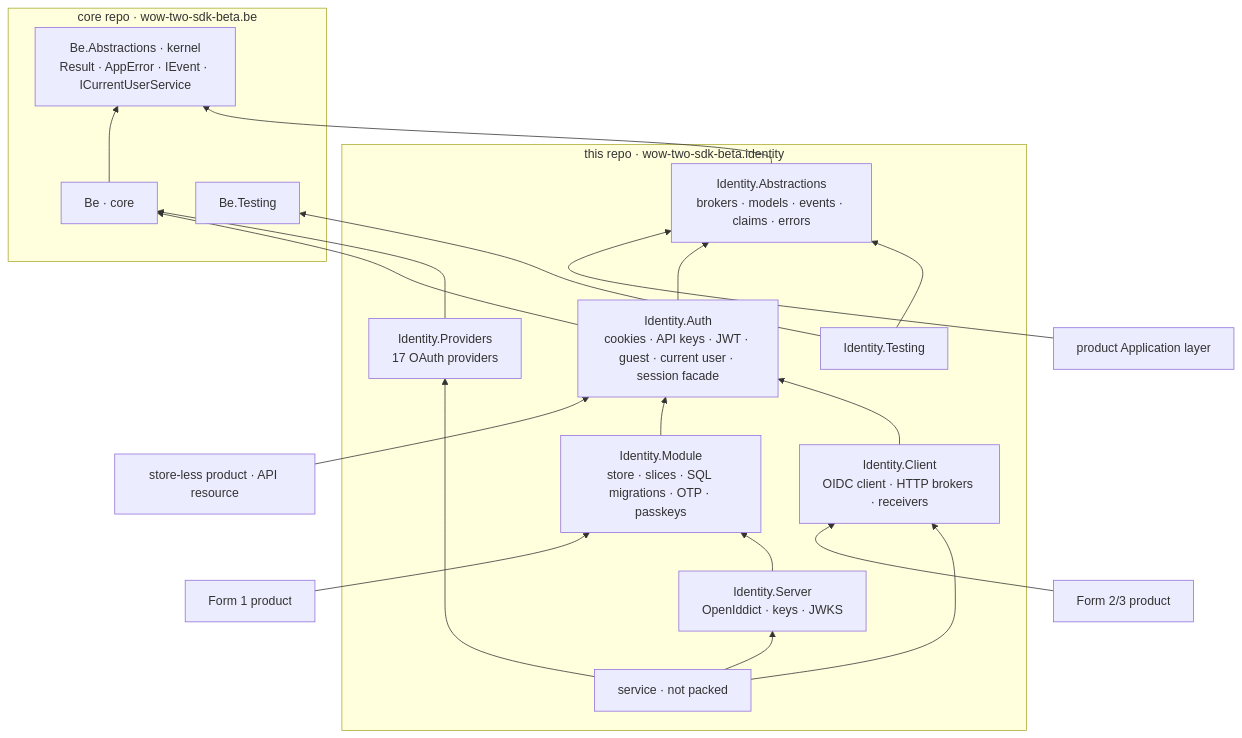
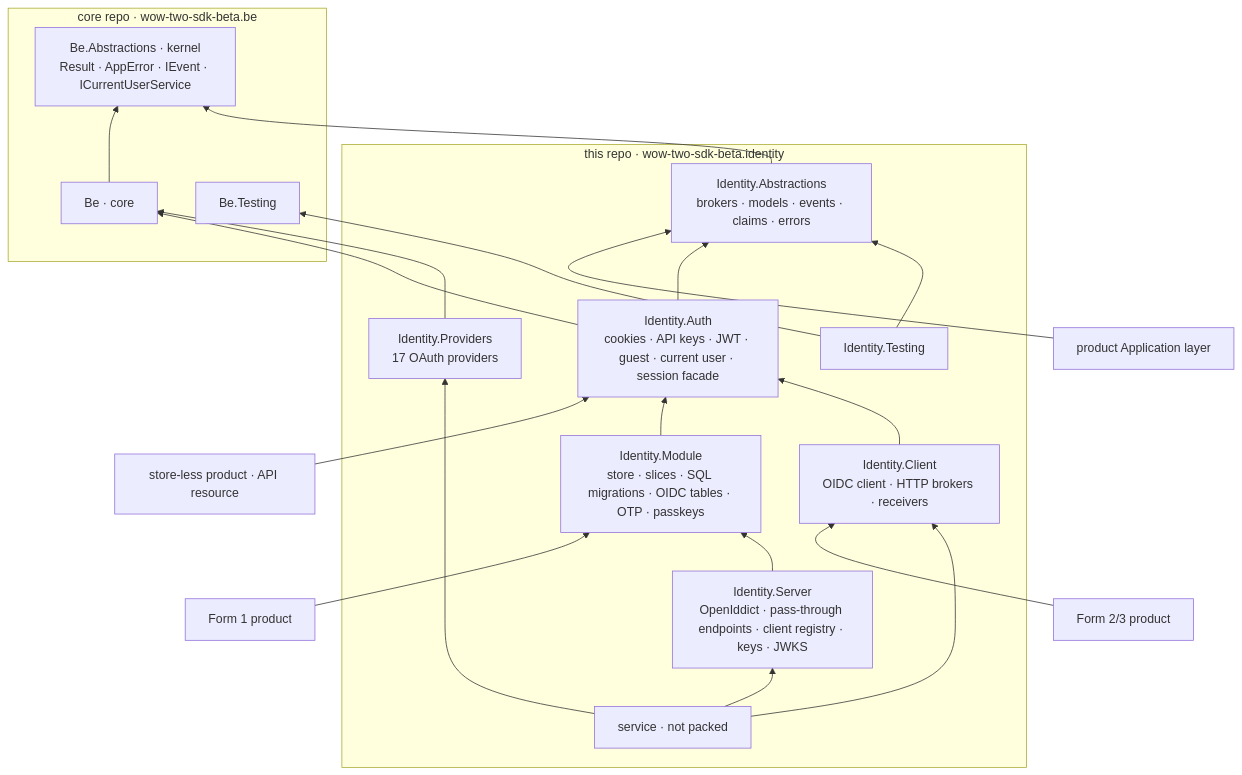
The diagram in engineering/architecture/architecture.md (wow-two-sdk-beta/wow-two-sdk-beta.identity), drawn with Mermaid before and after one commit. The commit also changed other lines of this file and 75 other files, not shown here.

Commit message:
feat: added the OIDC server with host-file signing keys

````diff
--- a/engineering/architecture/architecture.md
+++ b/engineering/architecture/architecture.md
@@ -37,35 +37,35 @@
 ```mermaid
 flowchart BT
   subgraph CORE["core repo · wow-two-sdk-beta.be"]
     K["Be.Abstractions · kernel<br/>Result · AppError · IEvent · ICurrentUserService"]
     C["Be · core"]
     BTS["Be.Testing"]
   end
   subgraph ID["this repo · wow-two-sdk-beta.identity"]
     IA["Identity.Abstractions<br/>brokers · models · events · claims · errors"]
     AU["Identity.Auth<br/>cookies · API keys · JWT · guest · current user · session facade"]
-    MO["Identity.Module<br/>store · slices · SQL migrations · OTP · passkeys"]
+    MO["Identity.Module<br/>store · slices · SQL migrations · OIDC tables · OTP · passkeys"]
     CL["Identity.Client<br/>OIDC client · HTTP brokers · receivers"]
     PR["Identity.Providers<br/>17 OAuth providers"]
-    SV["Identity.Server<br/>OpenIddict · keys · JWKS"]
+    SV["Identity.Server<br/>OpenIddict · pass-through endpoints · client registry · keys · JWKS"]
     TE["Identity.Testing"]
     SVC["service · not packed"]
   end
   P1["Form 1 product"] --> MO
   P3["Form 2/3 product"] --> CL
   P0["store-less product · API resource"] --> AU
   PA["product Application layer"] --> IA
   C --> K
   IA --> K
   AU --> IA
   AU --> C
   MO --> AU
   CL --> AU
   PR --> C
   SV --> MO
   TE --> IA
   TE --> BTS
   SVC --> SV
   SVC --> PR
   SVC --> CL
 ```
````
